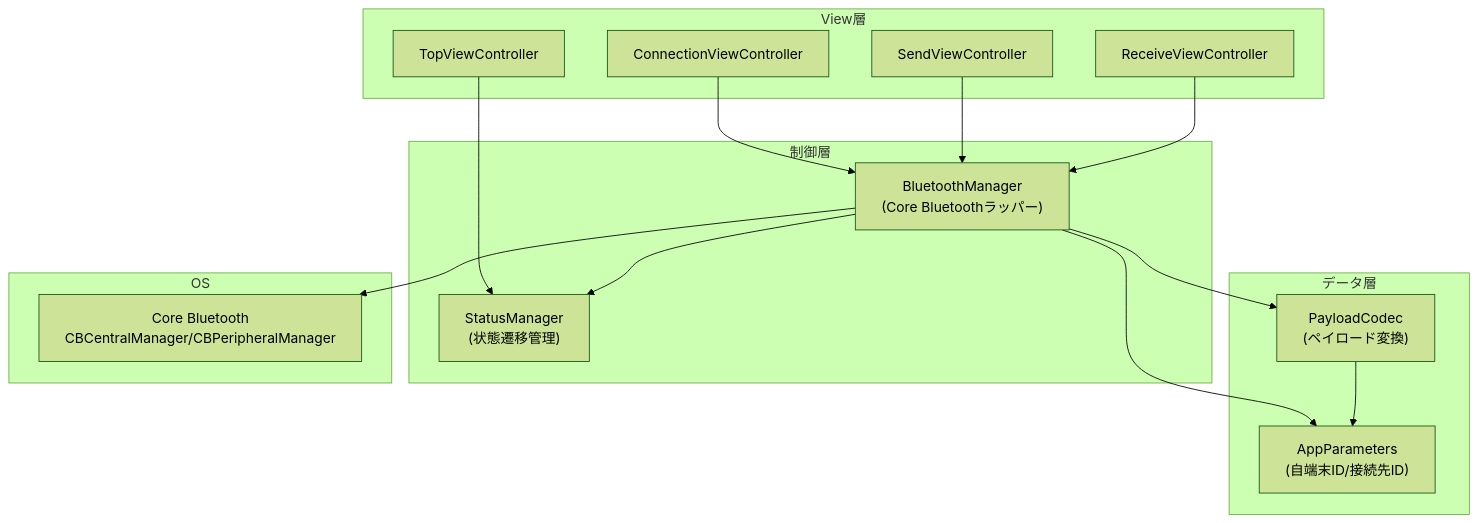
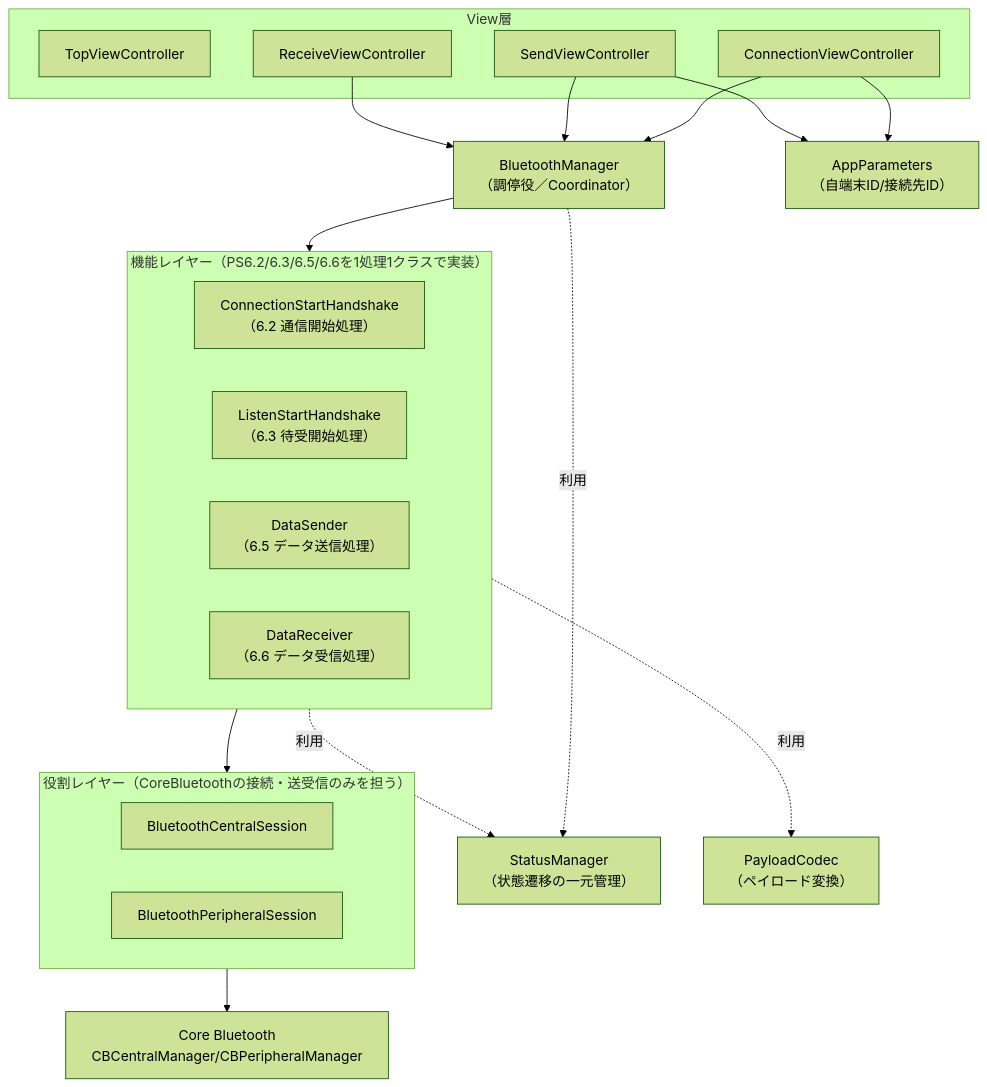
One commit to 728h7y4bdh-cr/Test.swiftpm changed the first of 5 diagrams in docs/design/PS設計書.md. Above: the diagram before and after it, drawn with Mermaid (forest theme). The commit also changed other lines of this file, not shown here.

Commit message:
Sync PS設計書 architecture diagram and class list with the refactor
1章 and 8章 still described the pre-refactor single-class
BluetoothManager (with the CoreBluetooth delegates inline). Updated
both to reflect the current role/function-layer split: BluetoothManager
is now documented as the Coordinator, with BluetoothCentralSession/
BluetoothPeripheralSession (role layer) and ConnectionStartHandshake/
ListenStartHandshake/DataSender/DataReceiver (function layer, one
class per PS 6.x process) listed alongside the previously-undocumented
BluetoothGATT and BluetoothAuthorizationChecker. Also added
AppStatusTransitionEvent and corrected AppParameters/PayloadCodec's
declared kind (class / enum) to match the actual implementation.

Claude-Session: https://claude.ai/code/session_018GyyKPvXFjZLMMbLv1c9Ht

````diff
--- a/docs/design/PS設計書.md
+++ b/docs/design/PS設計書.md
@@ -27,30 +27,41 @@
 ```mermaid
 flowchart TB
     subgraph View層
         VC1["TopViewController"]
         VC2["ConnectionViewController"]
         VC3["SendViewController"]
         VC4["ReceiveViewController"]
     end
-    subgraph 制御層
-        BM["BluetoothManager<br/>(Core Bluetoothラッパー)"]
-        SM["StatusManager<br/>(状態遷移管理)"]
-    end
-    subgraph データ層
-        PM["AppParameters<br/>(自端末ID/接続先ID)"]
-        PC["PayloadCodec<br/>(ペイロード変換)"]
-    end
-    subgraph OS
-        CB["Core Bluetooth<br/>CBCentralManager/CBPeripheralManager"]
+
+    BM["BluetoothManager<br/>（調停役／Coordinator）"]
+
+    subgraph funcs["機能レイヤー（PS6.2/6.3/6.5/6.6を1処理1クラスで実装）"]
+        H1["ConnectionStartHandshake<br/>（6.2 通信開始処理）"]
+        H2["ListenStartHandshake<br/>（6.3 待受開始処理）"]
+        H3["DataSender<br/>（6.5 データ送信処理）"]
+        H4["DataReceiver<br/>（6.6 データ受信処理）"]
     end
 
-    VC1 --> SM
+    subgraph roles["役割レイヤー（CoreBluetoothの接続・送受信のみを担う）"]
+        CS["BluetoothCentralSession"]
+        PSS["BluetoothPeripheralSession"]
+    end
+
+    SM["StatusManager<br/>（状態遷移の一元管理）"]
+    PM["AppParameters<br/>（自端末ID/接続先ID）"]
+    PC["PayloadCodec<br/>（ペイロード変換）"]
+    CB["Core Bluetooth<br/>CBCentralManager/CBPeripheralManager"]
+
     VC2 --> BM
+    VC2 --> PM
     VC3 --> BM
+    VC3 --> PM
     VC4 --> BM
-    BM --> SM
-    BM --> PC
-    BM --> PM
-    PC --> PM
-    BM --> CB
+
+    BM --> funcs
+    BM -.利用.-> SM
+    funcs --> roles
+    funcs -.利用.-> SM
+    funcs -.利用.-> PC
+    roles --> CB
 ```
````
